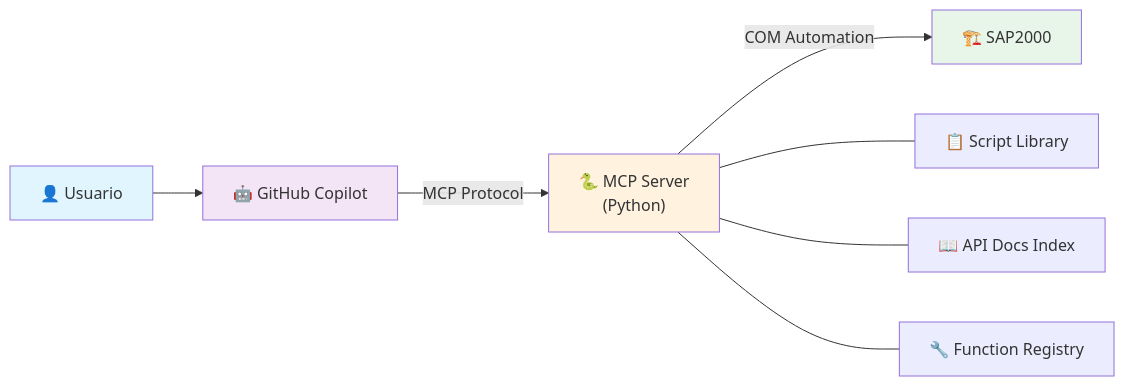
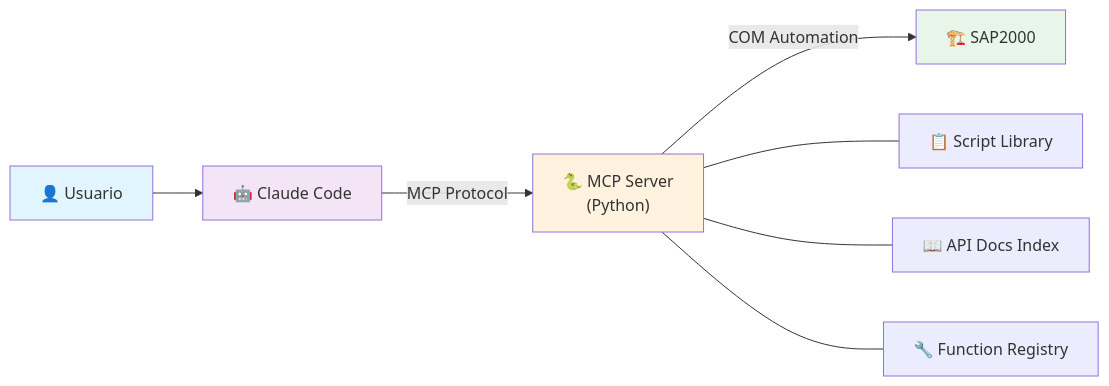
The diagram in README.md (fcocarrascob/Skills_SAP), drawn with Mermaid before and after one commit. The commit also changed other lines of this file and 17 other files, not shown here.

First line of the commit message:
Migrar skill sap2000-api a .claude y eliminar config de Copilot

````diff
--- a/README.md
+++ b/README.md
@@ -28,15 +28,15 @@
 ```mermaid
 graph LR
-    A["👤 Usuario"] --> B["🤖 GitHub Copilot"]
+    A["👤 Usuario"] --> B["🤖 Claude Code"]
     B -->|MCP Protocol| C["🐍 MCP Server<br/>(Python)"]
     C -->|COM Automation| D["🏗️ SAP2000"]
     
     C --- E["📋 Script Library"]
     C --- F["📖 API Docs Index"]
     C --- G["🔧 Function Registry"]
     
     style A fill:#e1f5fe
     style B fill:#f3e5f5
     style C fill:#fff3e0
     style D fill:#e8f5e9
 ```
````
